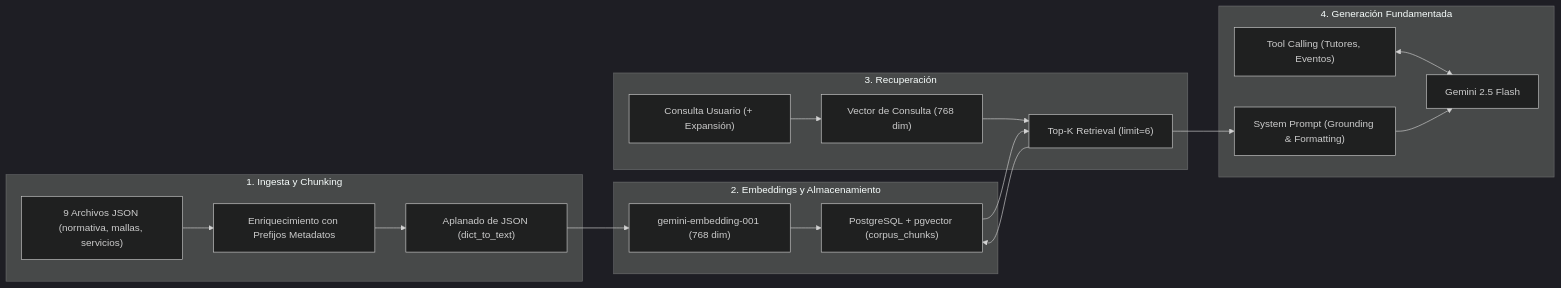
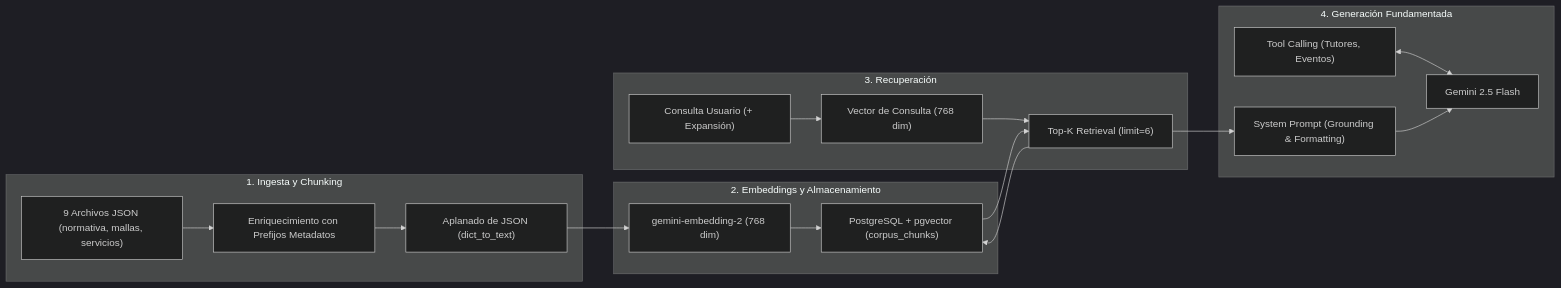
Before and after one commit to Tomioka1809/Tutoria-IA: the diagram in documentacion/03_pipeline_rag.md, drawn with Mermaid (dark theme). The commit also changed other lines of this file and 8 other files, not shown here.

````diff
--- a/documentacion/03_pipeline_rag.md
+++ b/documentacion/03_pipeline_rag.md
@@ -9,31 +9,31 @@
 ```mermaid
 graph LR
     subgraph DataIngestion ["1. Ingesta y Chunking"]
         JSONs["9 Archivos JSON (normativa, mallas, servicios)"]
         Prefixer["Enriquecimiento con Prefijos Metadatos"]
         DictToText["Aplanado de JSON (dict_to_text)"]
     end
 
     subgraph EmbeddingStorage ["2. Embeddings y Almacenamiento"]
-        GeminiEmbed["gemini-embedding-001 (768 dim)"]
+        GeminiEmbed["gemini-embedding-2 (768 dim)"]
         PGVector["PostgreSQL + pgvector (corpus_chunks)"]
     end
 
     subgraph Retrieval ["3. Recuperación"]
         UserQuery["Consulta Usuario (+ Expansión)"]
         QueryVector["Vector de Consulta (768 dim)"]
         TopK["Top-K Retrieval (limit=6)"]
     end
 
     subgraph Generation ["4. Generación Fundamentada"]
         SystemPrompt["System Prompt (Grounding & Formatting)"]
         FunctionCalling["Tool Calling (Tutores, Eventos)"]
         GeminiFlash["Gemini 2.5 Flash"]
     end
 
     JSONs --> Prefixer --> DictToText --> GeminiEmbed --> PGVector
     UserQuery --> QueryVector --> TopK --> PGVector
     PGVector --> TopK --> SystemPrompt
     FunctionCalling <--> GeminiFlash
     SystemPrompt --> GeminiFlash
 ```
````
